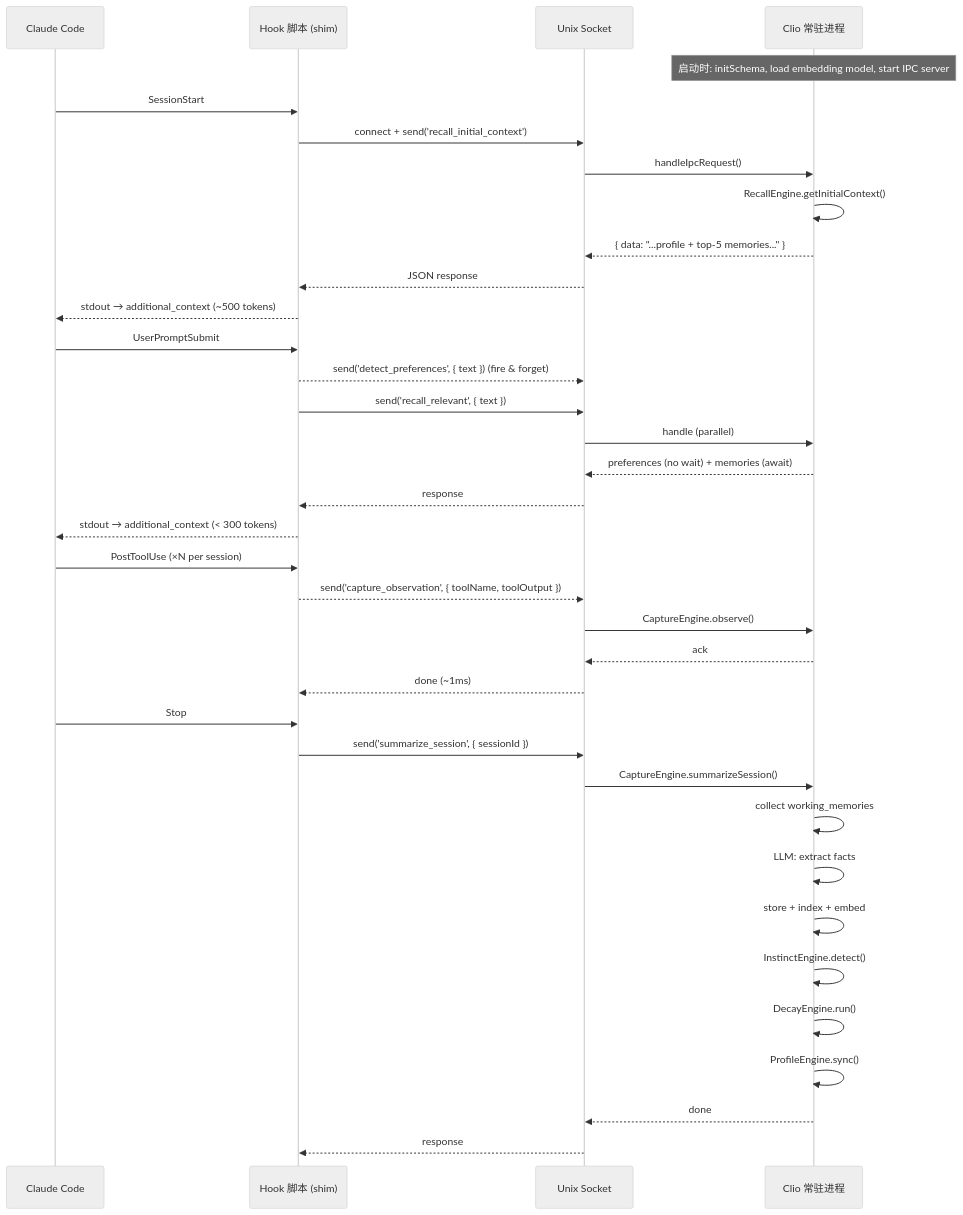
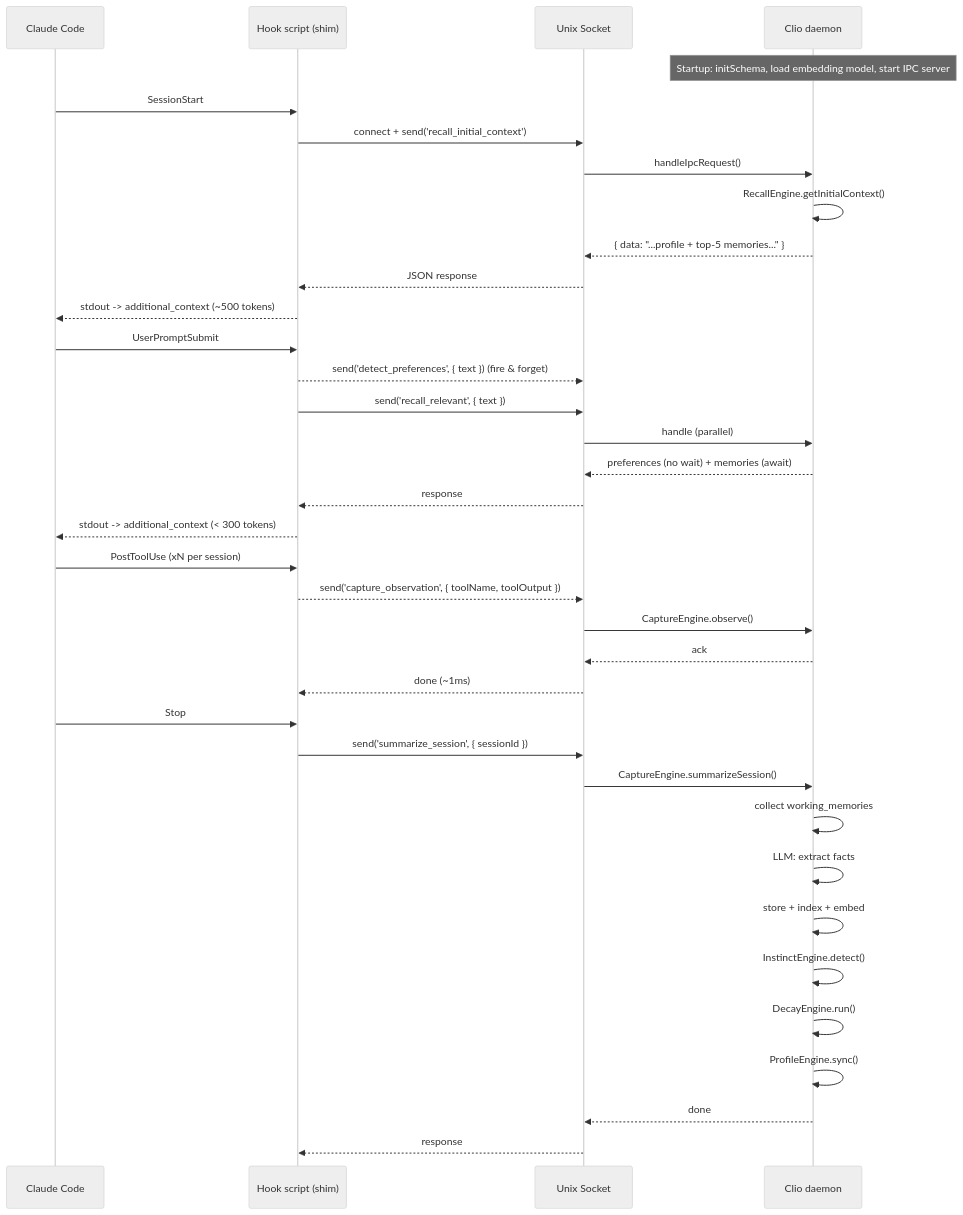
One commit to Lucas-lgm/clio changed the tenth of 10 diagrams in docs/architecture.md. Above: the diagram before and after it, drawn with Mermaid (neutral theme). The commit also changed other lines of this file and 13 other files, not shown here.

````diff
--- a/docs/architecture.md
+++ b/docs/architecture.md
@@ -403,43 +403,43 @@
 ```mermaid
 sequenceDiagram
     participant CC as Claude Code
-    participant Hook as Hook 脚本 (shim)
+    participant Hook as Hook script (shim)
     participant IPC as Unix Socket
-    participant Clio as Clio 常驻进程
+    participant Clio as Clio daemon
 
-    Note over Clio: 启动时: initSchema, load embedding model, start IPC server
+    Note over Clio: Startup: initSchema, load embedding model, start IPC server
 
     CC->>Hook: SessionStart
     Hook->>IPC: connect + send('recall_initial_context')
     IPC->>Clio: handleIpcRequest()
     Clio->>Clio: RecallEngine.getInitialContext()
     Clio-->>IPC: { data: "...profile + top-5 memories..." }
     IPC-->>Hook: JSON response
-    Hook-->>CC: stdout → additional_context (~500 tokens)
+    Hook-->>CC: stdout -> additional_context (~500 tokens)
 
     CC->>Hook: UserPromptSubmit
     Hook-->>IPC: send('detect_preferences', { text }) (fire & forget)
     Hook->>IPC: send('recall_relevant', { text })
     IPC->>Clio: handle (parallel)
     Clio-->>IPC: preferences (no wait) + memories (await)
     IPC-->>Hook: response
-    Hook-->>CC: stdout → additional_context (< 300 tokens)
+    Hook-->>CC: stdout -> additional_context (< 300 tokens)
 
-    CC->>Hook: PostToolUse (×N per session)
+    CC->>Hook: PostToolUse (xN per session)
     Hook-->>IPC: send('capture_observation', { toolName, toolOutput })
     IPC->>Clio: CaptureEngine.observe()
     Clio-->>IPC: ack
     IPC-->>Hook: done (~1ms)
 
     CC->>Hook: Stop
     Hook->>IPC: send('summarize_session', { sessionId })
     IPC->>Clio: CaptureEngine.summarizeSession()
     Clio->>Clio: collect working_memories
     Clio->>Clio: LLM: extract facts
     Clio->>Clio: store + index + embed
     Clio->>Clio: InstinctEngine.detect()
     Clio->>Clio: DecayEngine.run()
     Clio->>Clio: ProfileEngine.sync()
     Clio-->>IPC: done
     IPC-->>Hook: response
 ```
````
